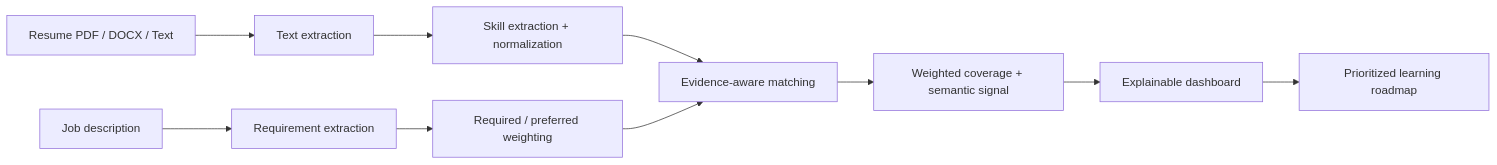
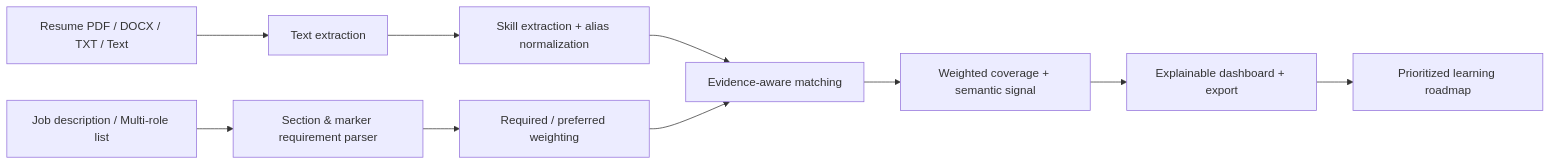
One commit to playlikeboy/resume-job-matching-skill-gap-analyzer changed the diagram in README.md. Above: the diagram before and after it, drawn with Mermaid. The commit also changed other lines of this file and 63 other files, not shown here.

Commit message:
Restructure repository, fix matching/scoring bugs, and add multi-role comparison & evaluation harness

````diff
--- a/README.md
+++ b/README.md
@@ -25,12 +25,12 @@
 ```mermaid
 flowchart LR
-  A[Resume PDF / DOCX / Text] --> B[Text extraction]
-  C[Job description] --> D[Requirement extraction]
-  B --> E[Skill extraction + normalization]
+  A[Resume PDF / DOCX / TXT / Text] --> B[Text extraction]
+  C[Job description / Multi-role list] --> D[Section & marker requirement parser]
+  B --> E[Skill extraction + alias normalization]
   D --> F[Required / preferred weighting]
   E --> G[Evidence-aware matching]
   F --> G
   G --> H[Weighted coverage + semantic signal]
-  H --> I[Explainable dashboard]
+  H --> I[Explainable dashboard + export]
   I --> J[Prioritized learning roadmap]
 ```
````
